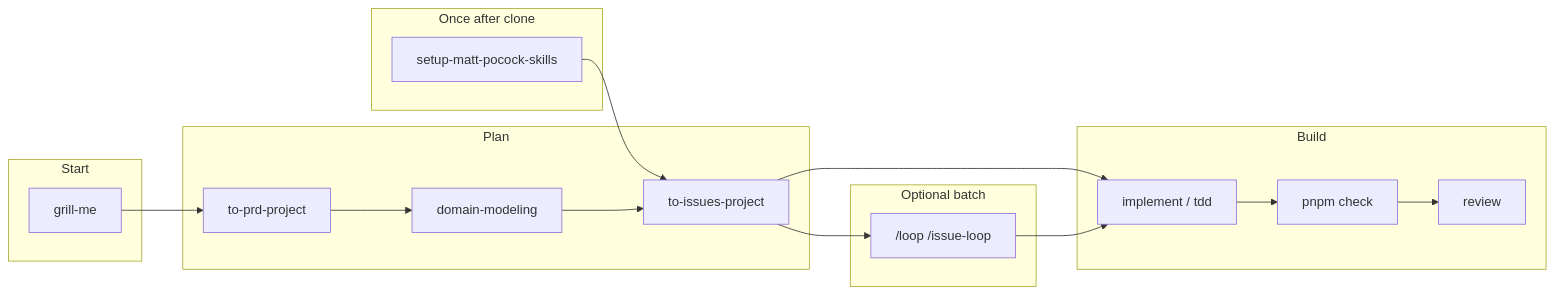
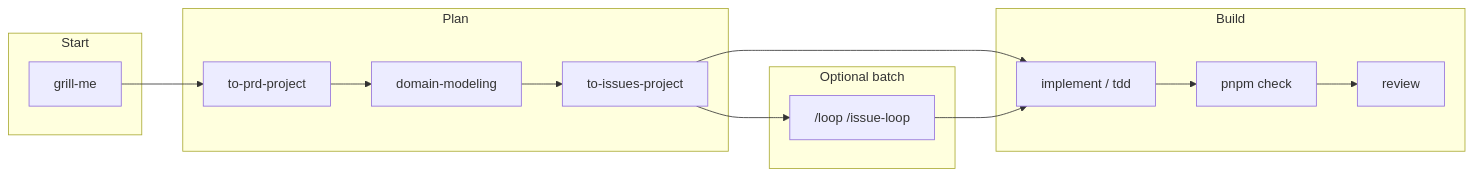
Before and after one commit to achmadya-dev/mandor-plate: the diagram in README.md, drawn with Mermaid. The commit also changed other lines of this file, not shown here.

First line of the commit message:
docs(readme): clarify agent setup is already configured

````diff
--- a/README.md
+++ b/README.md
@@ -84,36 +84,31 @@
 ```mermaid
 flowchart LR
   subgraph start [Start]
     G[grill-me]
-  end
-
-  subgraph setup [Once after clone]
-    S[setup-matt-pocock-skills]
   end
 
   subgraph plan [Plan]
     P[to-prd-project]
     D[domain-modeling]
     I[to-issues-project]
   end
 
   subgraph code [Build]
     M[implement / tdd]
     C[pnpm check]
     R[review]
   end
 
   subgraph auto [Optional batch]
     L["/loop /issue-loop"]
   end
 
   G --> P
-  S --> I
   P --> D
   D --> I
   I --> M
   M --> C
   C --> R
   I --> L
   L --> M
 ```
````
